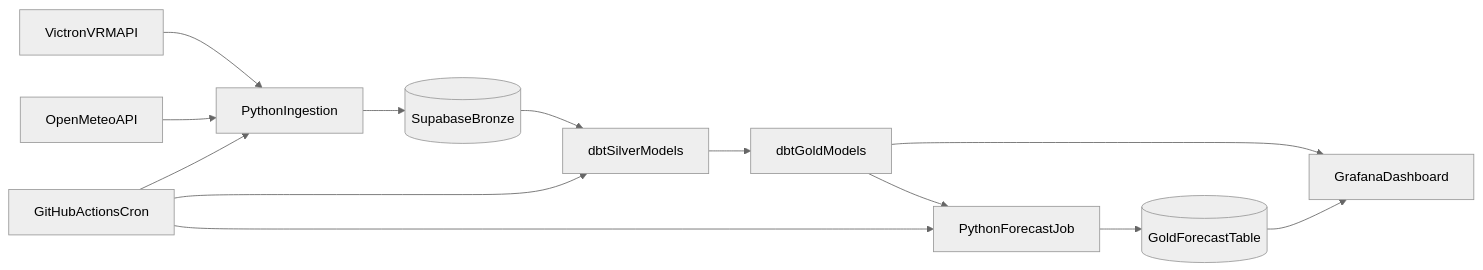
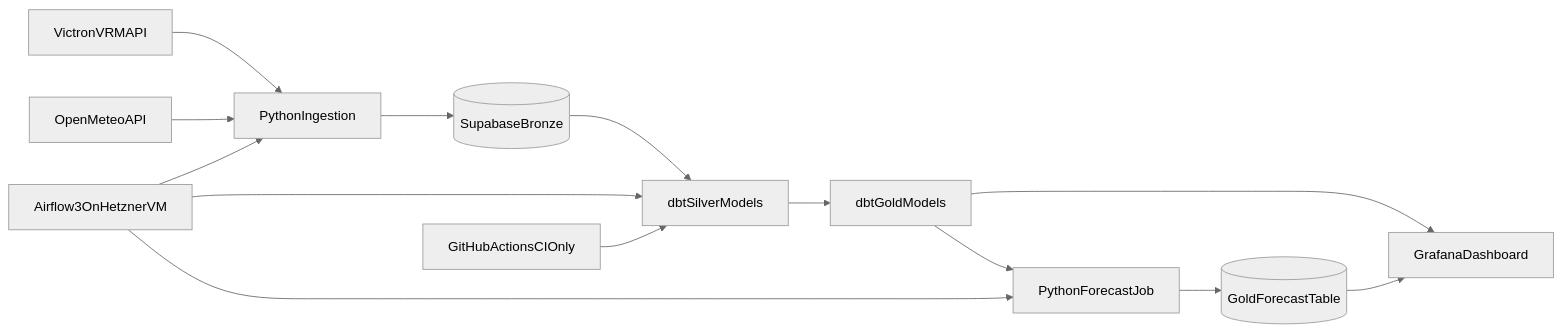
The diagram in docs/arhitektuur.md (jooseprooso/ut-solar-energy-analytics-platform), drawn with Mermaid (neutral theme) before and after one commit. The commit also changed other lines of this file and 25 other files, not shown here.

````diff
--- a/docs/arhitektuur.md
+++ b/docs/arhitektuur.md
@@ -3,15 +3,16 @@
 ```mermaid
 flowchart LR
     vrmApi[VictronVRMAPI] --> ingestLayer[PythonIngestion]
     meteoApi[OpenMeteoAPI] --> ingestLayer
     ingestLayer --> bronze[(SupabaseBronze)]
     bronze --> silver[dbtSilverModels]
     silver --> gold[dbtGoldModels]
     gold --> grafana[GrafanaDashboard]
     gold --> forecastJob[PythonForecastJob]
     forecastJob --> forecastTable[(GoldForecastTable)]
     forecastTable --> grafana
-    gha[GitHubActionsCron] --> ingestLayer
-    gha --> silver
-    gha --> forecastJob
+    airflow[Airflow3OnHetznerVM] --> ingestLayer
+    airflow --> silver
+    airflow --> forecastJob
+    gha[GitHubActionsCIOnly] --> silver
 ```
````
